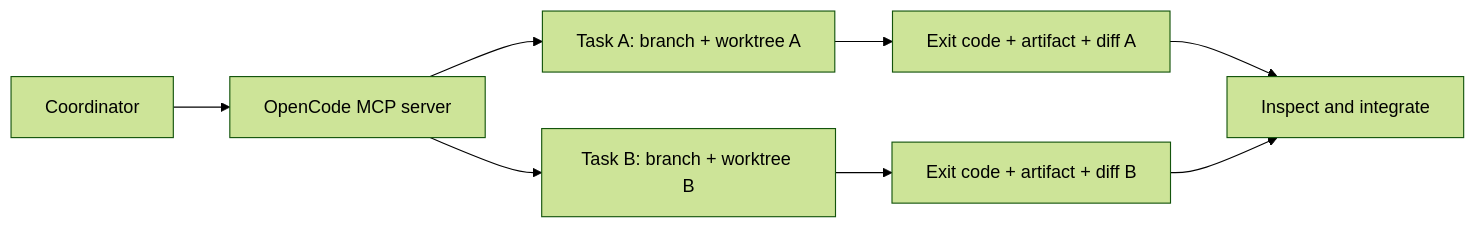
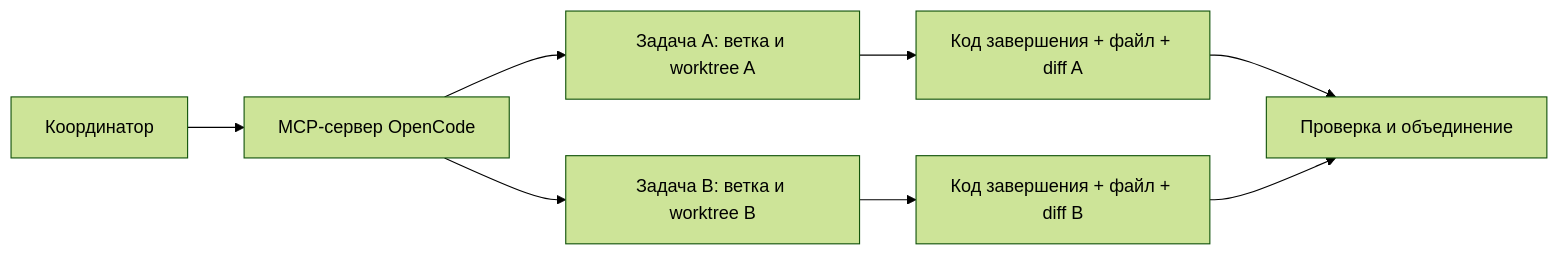
Before and after one commit to krotname/OpenCodeSkills: the diagram in README.md, drawn with Mermaid (forest theme). The commit also changed other lines of this file and 2 other files, not shown here.

````diff
--- a/README.md
+++ b/README.md
@@ -60,10 +60,10 @@
 ```mermaid
 flowchart LR
-    C[Coordinator] --> M[OpenCode MCP server]
-    M --> A[Task A: branch + worktree A]
-    M --> B[Task B: branch + worktree B]
-    A --> RA[Exit code + artifact + diff A]
-    B --> RB[Exit code + artifact + diff B]
-    RA --> V[Inspect and integrate]
+    C[Координатор] --> M[MCP-сервер OpenCode]
+    M --> A[Задача A: ветка и worktree A]
+    M --> B[Задача B: ветка и worktree B]
+    A --> RA[Код завершения + файл + diff A]
+    B --> RB[Код завершения + файл + diff B]
+    RA --> V[Проверка и объединение]
     RB --> V
 ```
````
